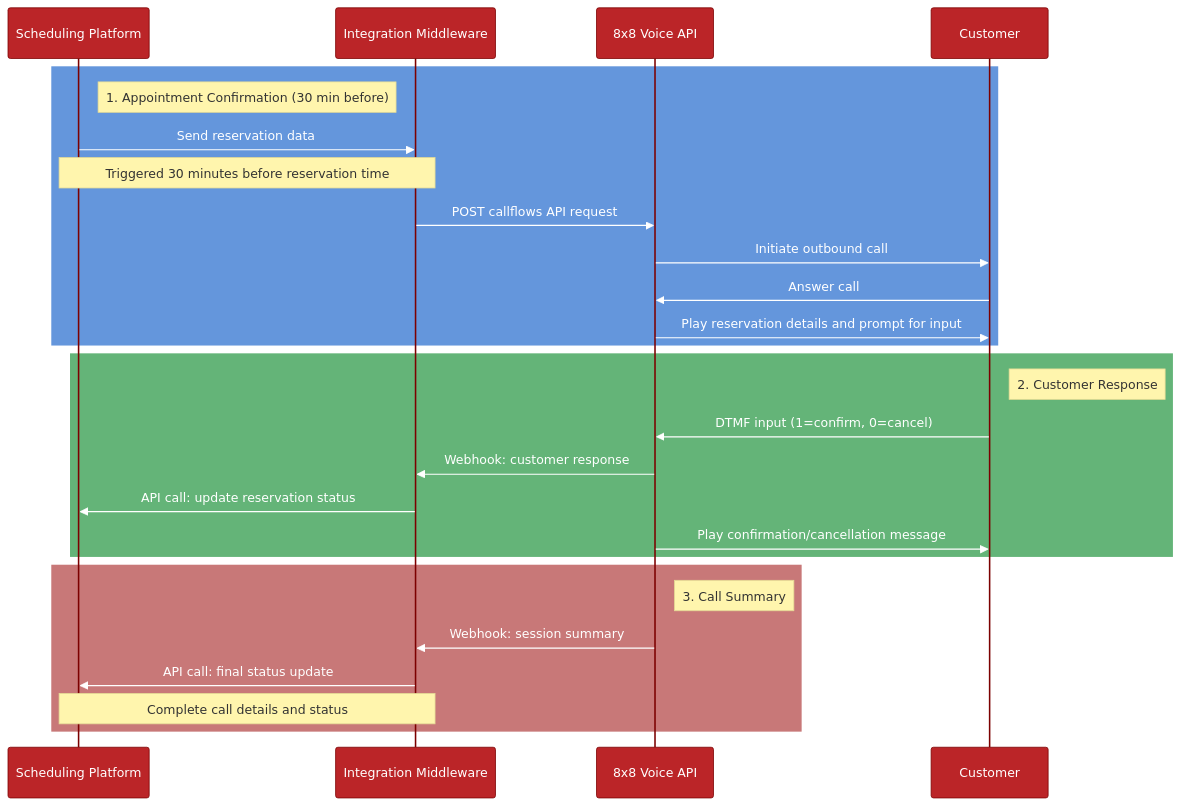
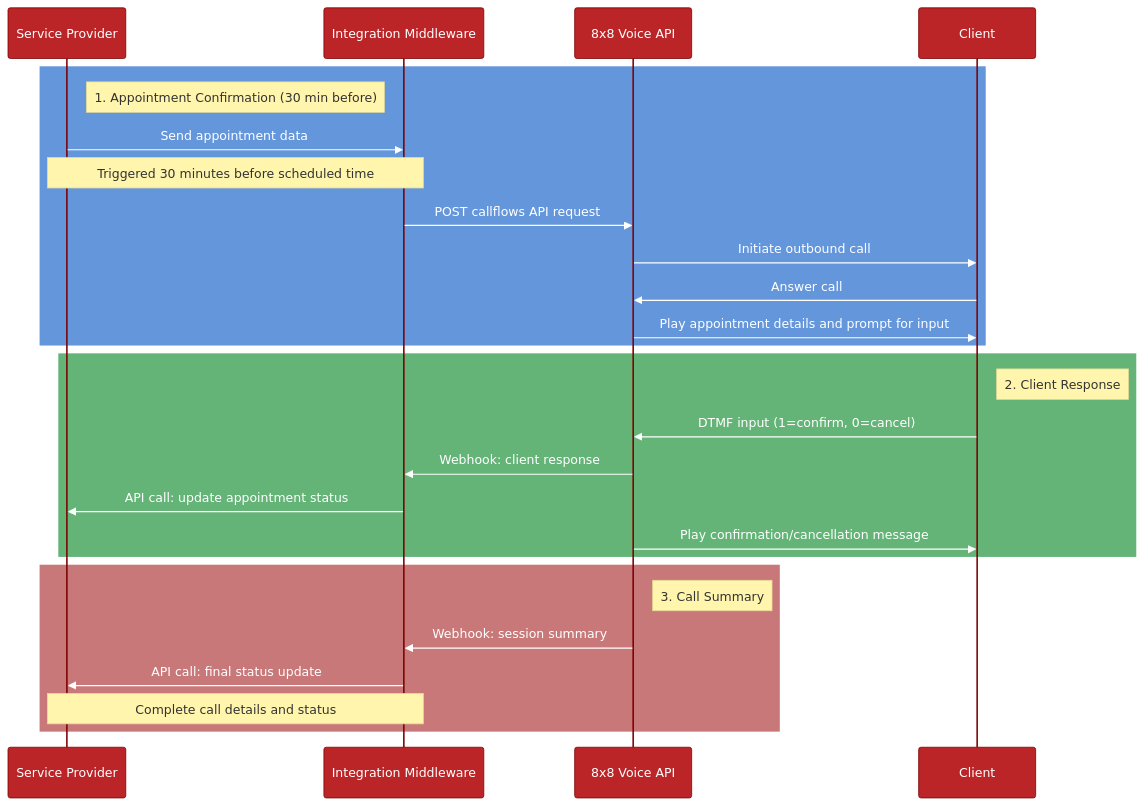
One commit to harrism04/voice_messaging changed the diagram in flow_diagram_simple.md. Above: the diagram before and after it, drawn with Mermaid.

````diff
--- a/flow_diagram_simple.md
+++ b/flow_diagram_simple.md
@@ -3,45 +3,45 @@
 ```mermaid
 %%{init: {
   'theme': 'base', 
   'themeVariables': {
     'primaryColor': '#BB2528',
     'primaryTextColor': '#fff',
     'primaryBorderColor': '#7C0000',
     'lineColor': '#F8B229',
     'secondaryColor': '#006100',
     'tertiaryColor': '#fff',
     'textColor': '#fff',
     'noteTextColor': '#333',
     'noteBkgColor': '#fff5ad',
     'edgeLabelBackground': 'rgba(0,0,0,0.5)',
     'background': 'transparent'
   }
 }}%%
 sequenceDiagram
-    participant Platform as Scheduling Platform
+    participant Provider as Service Provider
     participant Middleware as Integration Middleware
     participant Voice8x8 as 8x8 Voice API
-    participant Customer as Customer
+    participant Client as Client
     rect rgb(100, 150, 220)
-        note right of Platform: 1. Appointment Confirmation (30 min before)
-        Platform->>Middleware: Send reservation data
-        Note over Platform,Middleware: Triggered 30 minutes before reservation time
+        note right of Provider: 1. Appointment Confirmation (30 min before)
+        Provider->>Middleware: Send appointment data
+        Note over Provider,Middleware: Triggered 30 minutes before scheduled time
         Middleware->>Voice8x8: POST callflows API request
-        Voice8x8->>Customer: Initiate outbound call
-        Customer->>Voice8x8: Answer call
-        Voice8x8->>Customer: Play reservation details and prompt for input
+        Voice8x8->>Client: Initiate outbound call
+        Client->>Voice8x8: Answer call
+        Voice8x8->>Client: Play appointment details and prompt for input
     end
     rect rgb(100, 180, 120)
-        note right of Customer: 2. Customer Response
-        Customer->>Voice8x8: DTMF input (1=confirm, 0=cancel)
-        Voice8x8->>Middleware: Webhook: customer response
-        Middleware->>Platform: API call: update reservation status
-        Voice8x8->>Customer: Play confirmation/cancellation message
+        note right of Client: 2. Client Response
+        Client->>Voice8x8: DTMF input (1=confirm, 0=cancel)
+        Voice8x8->>Middleware: Webhook: client response
+        Middleware->>Provider: API call: update appointment status
+        Voice8x8->>Client: Play confirmation/cancellation message
     end
     rect rgb(200, 120, 120)
         note right of Voice8x8: 3. Call Summary
         Voice8x8->>Middleware: Webhook: session summary
-        Middleware->>Platform: API call: final status update
-        Note over Middleware,Platform: Complete call details and status
+        Middleware->>Provider: API call: final status update
+        Note over Middleware,Provider: Complete call details and status
     end
 ```
````
